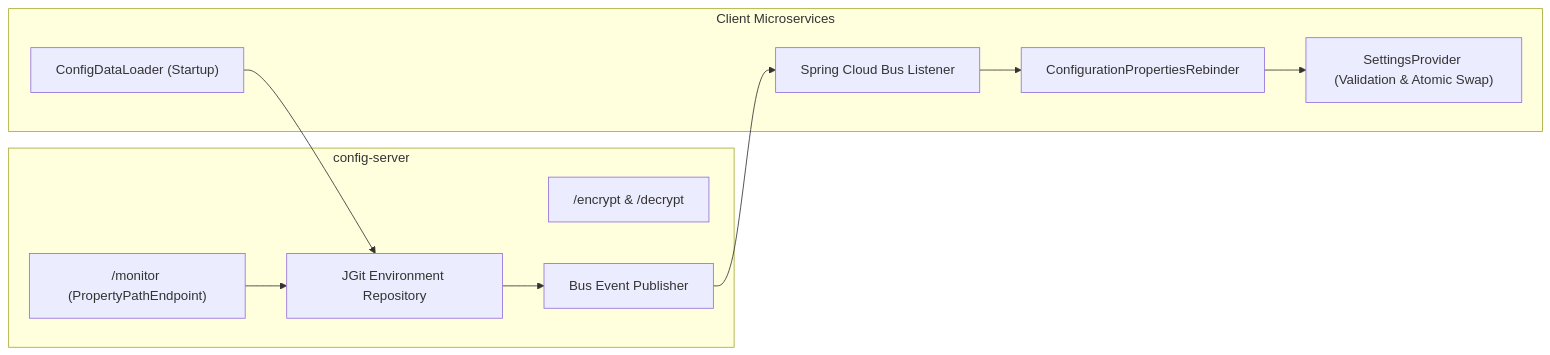
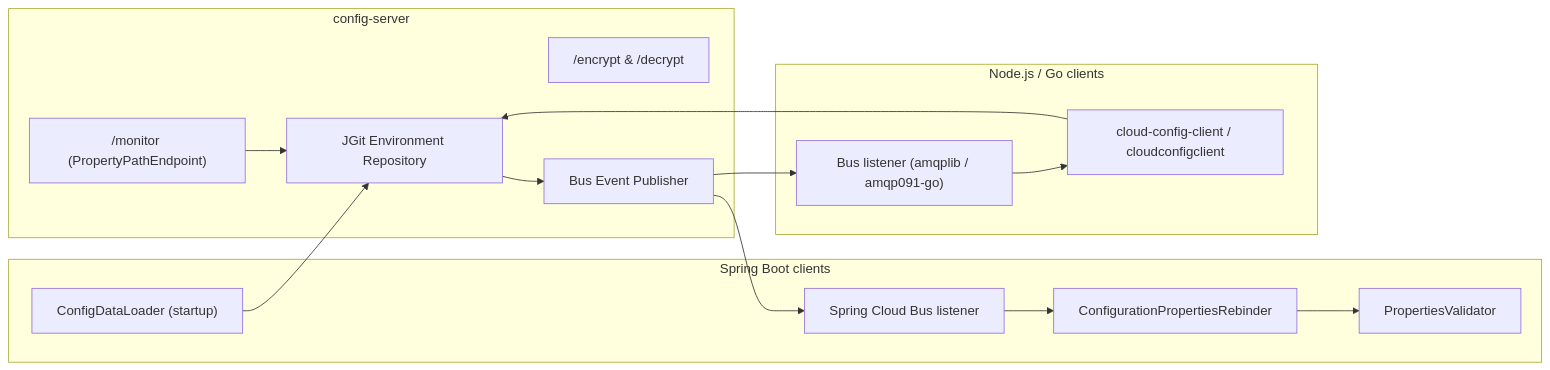
The second of 4 diagrams in version-a-git/README.md (kirankumarhm/springboot-config-server-external-properties-demo), drawn with Mermaid before and after one commit. The commit also changed other lines of this file and 438 other files, not shown here.

````diff
--- a/version-a-git/README.md
+++ b/version-a-git/README.md
@@ -53,23 +71,28 @@
 ```mermaid
 graph LR
     subgraph ConfigServer["config-server"]
         JGit["JGit Environment Repository"]
         MonEndpoint["/monitor (PropertyPathEndpoint)"]
         EncController["/encrypt & /decrypt"]
         BusPublisher["Bus Event Publisher"]
     end
 
-    subgraph Clients["Client Microservices"]
-        ConfigDataLoader["ConfigDataLoader (Startup)"]
+    subgraph Spring["Spring Boot clients"]
+        ConfigDataLoader["ConfigDataLoader (startup)"]
+        SpringBus["Spring Cloud Bus listener"]
         Rebinder["ConfigurationPropertiesRebinder"]
-        Provider["SettingsProvider (Validation & Atomic Swap)"]
-        BusListener["Spring Cloud Bus Listener"]
+        Validator["PropertiesValidator"]
+    end
+
+    subgraph Polyglot["Node.js / Go clients"]
+        Lib["cloud-config-client / cloudconfigclient"]
+        OwnBus["Bus listener (amqplib / amqp091-go)"]
     end
 
     MonEndpoint --> JGit
     JGit --> BusPublisher
-    BusPublisher --> BusListener
-    BusListener --> Rebinder
-    Rebinder --> Provider
+    BusPublisher --> SpringBus --> Rebinder --> Validator
+    BusPublisher --> OwnBus --> Lib
     ConfigDataLoader --> JGit
+    Lib --> JGit
 ```
````
